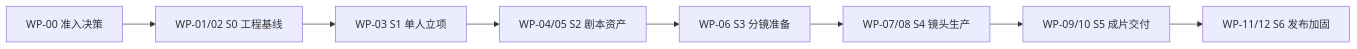
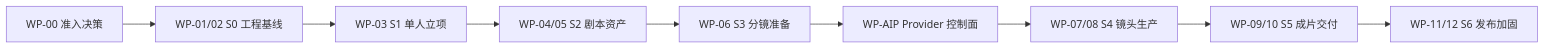
Before and after one commit to StephenQiu30/lanverse: the diagram in docs/plan/000-MVP全栈实施总计划.md, drawn with Mermaid. The commit also changed other lines of this file and 13 other files, not shown here.

````diff
--- a/docs/plan/000-MVP全栈实施总计划.md
+++ b/docs/plan/000-MVP全栈实施总计划.md
@@ -101,10 +103,11 @@
 ```mermaid
 flowchart LR
     G["WP-00 准入决策"] --> B["WP-01/02 S0 工程基线"]
     B --> I["WP-03 S1 单人立项"]
     I --> C["WP-04/05 S2 剧本资产"]
     C --> S["WP-06 S3 分镜准备"]
-    S --> P["WP-07/08 S4 镜头生产"]
+    S --> A["WP-AIP Provider 控制面"]
+    A --> P["WP-07/08 S4 镜头生产"]
     P --> E["WP-09/10 S5 成片交付"]
     E --> H["WP-11/12 S6 发布加固"]
 ```
````
